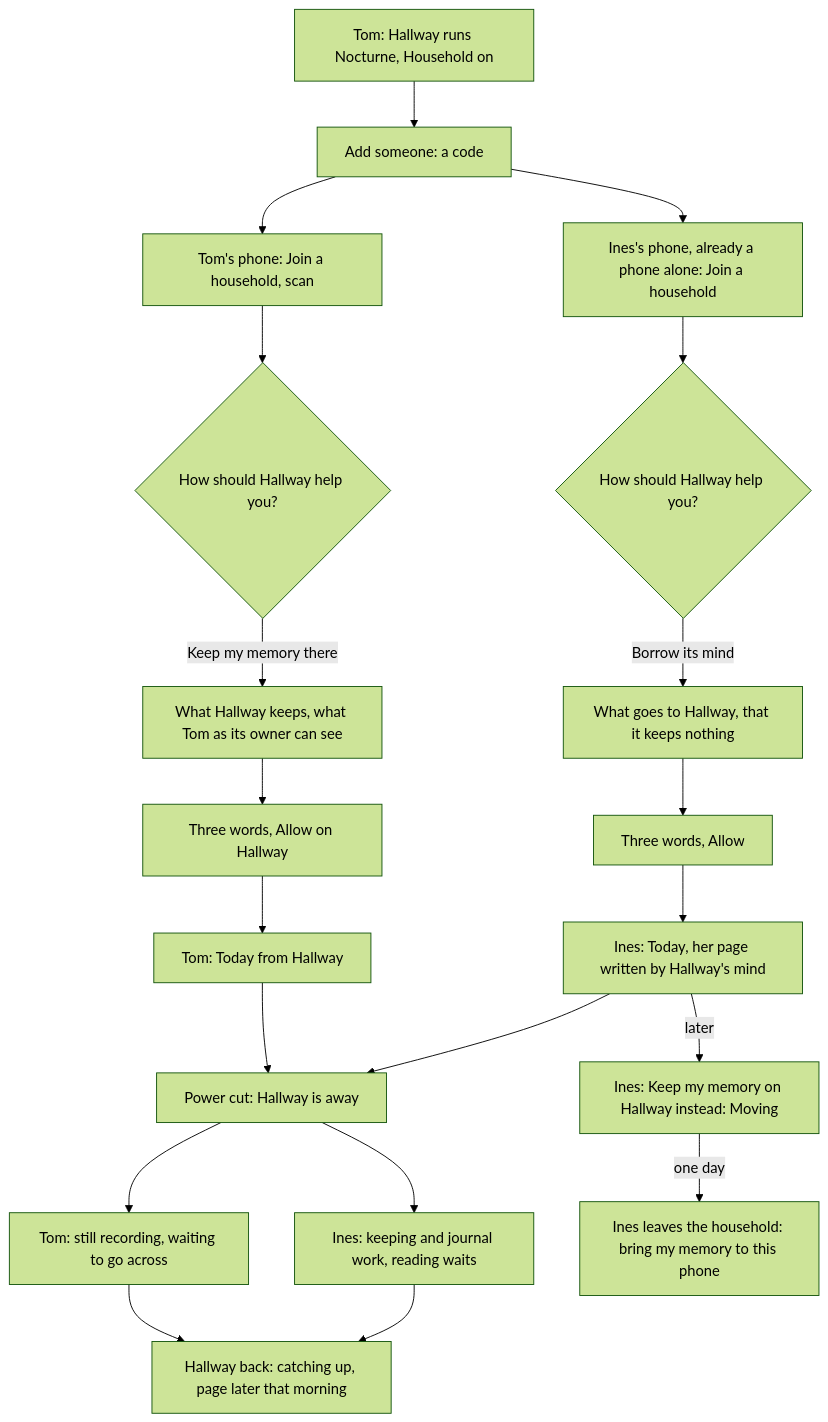
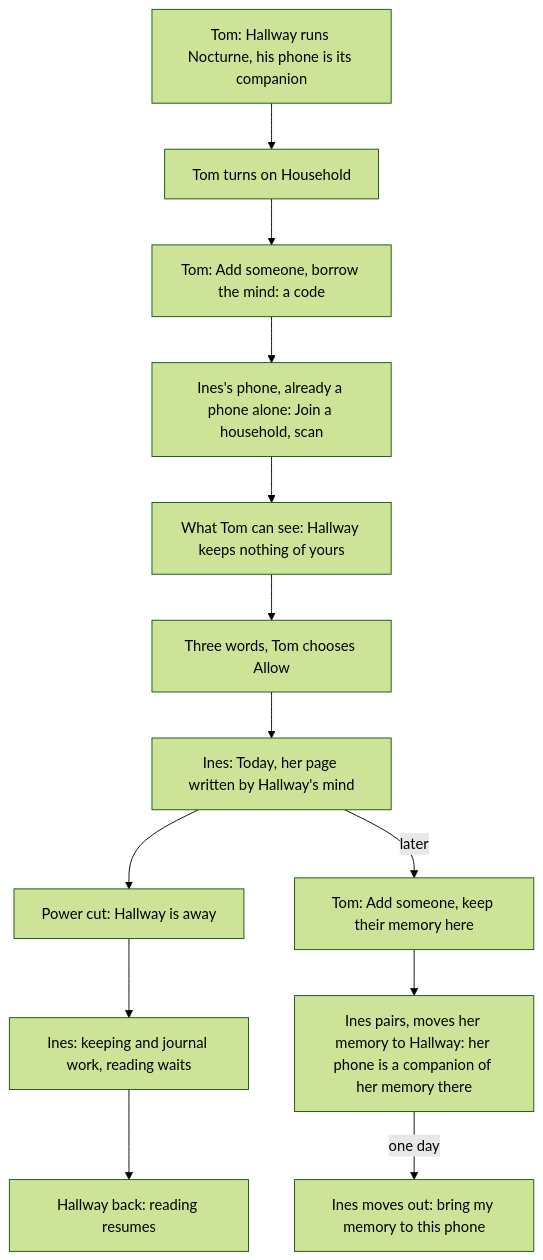
The third of 5 diagrams in docs/design/phone-parity.md (agync/nocturne), drawn with Mermaid (forest theme) before and after one commit. The commit also changed other lines of this file and 4 other files, not shown here.

````diff
--- a/docs/design/phone-parity.md
+++ b/docs/design/phone-parity.md
@@ -172,20 +188,14 @@
 ```mermaid
 flowchart TD
-    H[Tom: Hallway runs Nocturne, Household on] --> AT[Add someone: a code]
-    AT --> TJ[Tom's phone: Join a household, scan]
-    TJ --> TC{How should Hallway help you?}
-    TC -->|Keep my memory there| TS[What Hallway keeps, what Tom as its owner can see]
-    TS --> TW[Three words, Allow on Hallway] --> TT[Tom: Today from Hallway]
-    AT --> IJ[Ines's phone, already a phone alone: Join a household]
-    IJ --> IC{How should Hallway help you?}
-    IC -->|Borrow its mind| IS[What goes to Hallway, that it keeps nothing]
-    IS --> IW[Three words, Allow] --> IT[Ines: Today, her page written by Hallway's mind]
-    TT --> AW[Power cut: Hallway is away]
-    IT --> AW
-    AW --> AT2[Tom: still recording, waiting to go across]
+    H[Tom: Hallway runs Nocturne, his phone is its companion] --> HO[Tom turns on Household]
+    HO --> AT[Tom: Add someone, borrow the mind: a code]
+    AT --> IJ[Ines's phone, already a phone alone: Join a household, scan]
+    IJ --> IS[What Tom can see: Hallway keeps nothing of yours]
+    IS --> IW[Three words, Tom chooses Allow] --> IT[Ines: Today, her page written by Hallway's mind]
+    IT --> AW[Power cut: Hallway is away]
     AW --> AI[Ines: keeping and journal work, reading waits]
-    AT2 --> BK[Hallway back: catching up, page later that morning]
-    AI --> BK
-    IT -->|later| IM[Ines: Keep my memory on Hallway instead: Moving]
-    IM -->|one day| IL[Ines leaves the household: bring my memory to this phone]
+    AI --> BK[Hallway back: reading resumes]
+    IT -->|later| IH[Tom: Add someone, keep their memory here]
+    IH --> IM[Ines pairs, moves her memory to Hallway: her phone is a companion of her memory there]
+    IM -->|one day| IL[Ines moves out: bring my memory to this phone]
 ```
````
